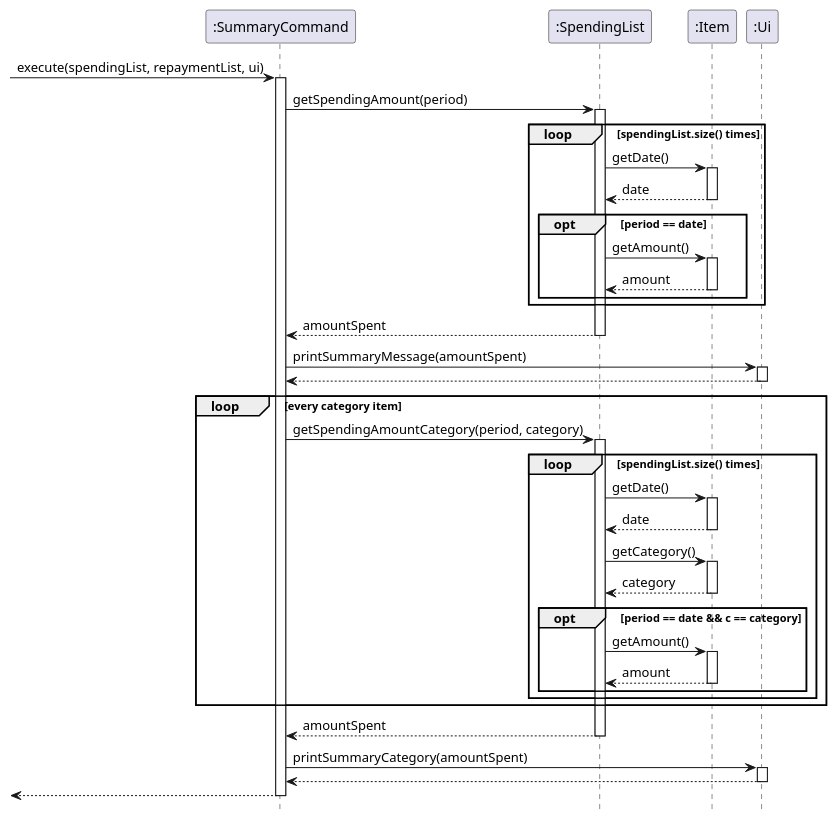
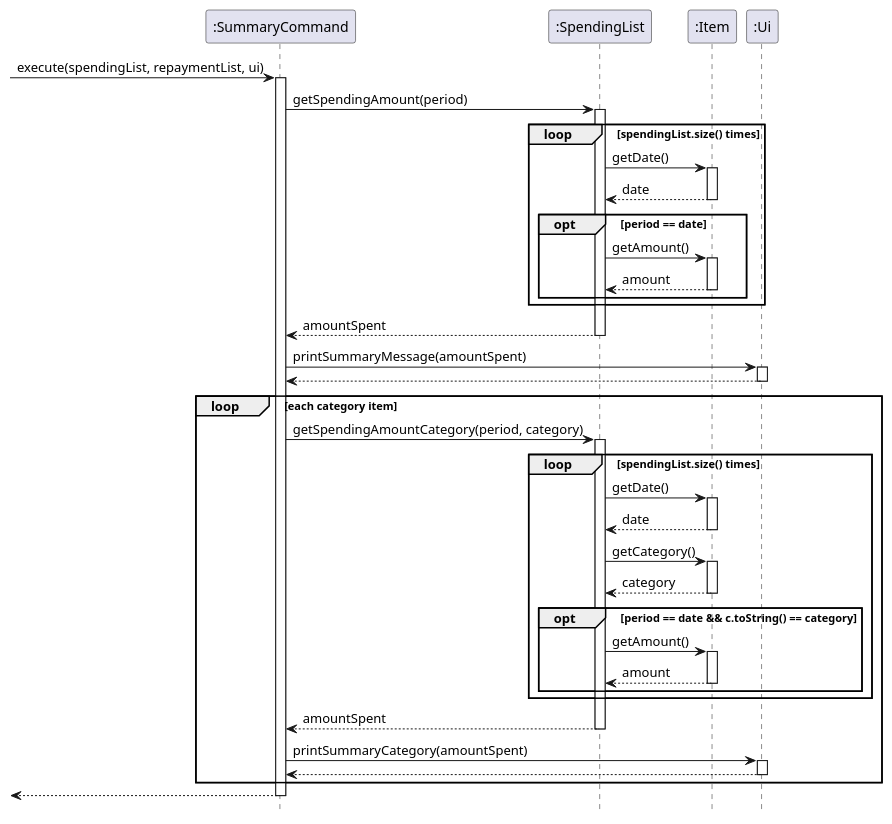
The diagram in src/uml/SummaryCommand.puml (xieyaoyue/tp), drawn with PlantUML before and after one commit. The commit also changed 5 other files, not shown here.

Commit message:
update uml reminder diagram

```diff
--- a/src/uml/SummaryCommand.puml
+++ b/src/uml/SummaryCommand.puml
@@ -1,69 +1,70 @@
 @startuml
 hide footbox
 
 -> ":SummaryCommand": execute(spendingList, repaymentList, ui)
 activate ":SummaryCommand"
 
 ":SummaryCommand" -> ":SpendingList": getSpendingAmount(period)
 activate ":SpendingList"
 
 loop spendingList.size() times
 
 
 ":SpendingList" -> ":Item": getDate()
 activate ":Item"
 ":Item" --> ":SpendingList": date
 deactivate ":Item"
 
 opt period == date
 ":SpendingList" -> ":Item": getAmount()
 activate ":Item"
 ":Item" --> ":SpendingList": amount
 deactivate ":Item"
 
 end
 
 end
 
 ":SpendingList" --> ":SummaryCommand": amountSpent
 deactivate ":SpendingList"
 ":SummaryCommand" -> ":Ui" : printSummaryMessage(amountSpent)
 activate ":Ui"
 ":Ui" --> ":SummaryCommand"
 deactivate ":Ui"
 
-loop every category item
+loop each category item
 ":SummaryCommand" -> ":SpendingList": getSpendingAmountCategory(period, category)
 activate ":SpendingList"
 
 loop spendingList.size() times
 ":SpendingList" -> ":Item": getDate()
 activate ":Item"
 ":Item" --> ":SpendingList": date
 deactivate ":Item"
 
 ":SpendingList" -> ":Item": getCategory()
 activate ":Item"
 ":Item" --> ":SpendingList": category
 deactivate ":Item"
 
-opt period == date && c == category
+opt period == date && c.toString() == category
 ":SpendingList" -> ":Item": getAmount()
 activate ":Item"
 ":Item" --> ":SpendingList": amount
 deactivate ":Item"
 end
 end
-end
+
 
 ":SpendingList" --> ":SummaryCommand": amountSpent
 deactivate ":SpendingList"
 
 ":SummaryCommand" -> ":Ui" : printSummaryCategory(amountSpent)
 activate ":Ui"
 ":Ui" --> ":SummaryCommand"
 deactivate ":Ui"
+end
 
 <-- ":SummaryCommand"
 deactivate ":SummaryCommand"
 @enduml
```
